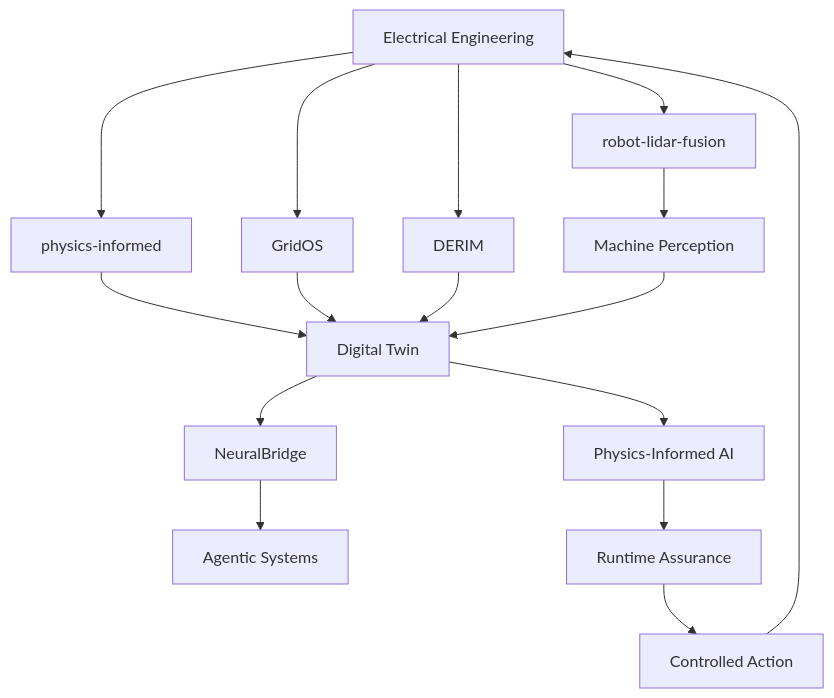
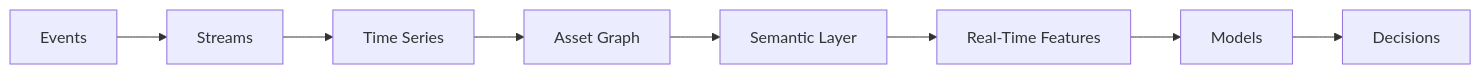
Diagram 17 of 33 in README.md (iceccarelli/iceccarelli), drawn with Mermaid before and after one commit. The commit also changed other lines of this file, not shown here.

````diff
--- a/README.md
+++ b/README.md
@@ -1147,29 +661,4 @@
 ```mermaid
-graph TD
-
-    ELEC[Electrical Engineering]
-
-    ELEC --> PHY[physics-informed]
-    ELEC --> GRID[GridOS]
-    ELEC --> DER[DERIM]
-
-    PHY --> TWIN[Digital Twin]
-    GRID --> TWIN
-    DER --> TWIN
-
-    TWIN --> NB[NeuralBridge]
-
-    NB --> AGENTS[Agentic Systems]
-
-    ELEC --> ROB[robot-lidar-fusion]
-    ROB --> VISION[Machine Perception]
-
-    VISION --> TWIN
-
-    TWIN --> AI[Physics-Informed AI]
-    AI --> ASSURANCE[Runtime Assurance]
-
-    ASSURANCE --> CONTROL[Controlled Action]
-
-    CONTROL --> ELEC
+flowchart LR
+    EVENTS[Events] --> STREAMS[Streams] --> TIMESERIES[Time Series] --> GRAPH[Asset Graph] --> SEMANTICS[Semantic Layer] --> FEATURES[Real-Time Features] --> MODELS[Models] --> DECISIONS[Decisions]
 ```
````
